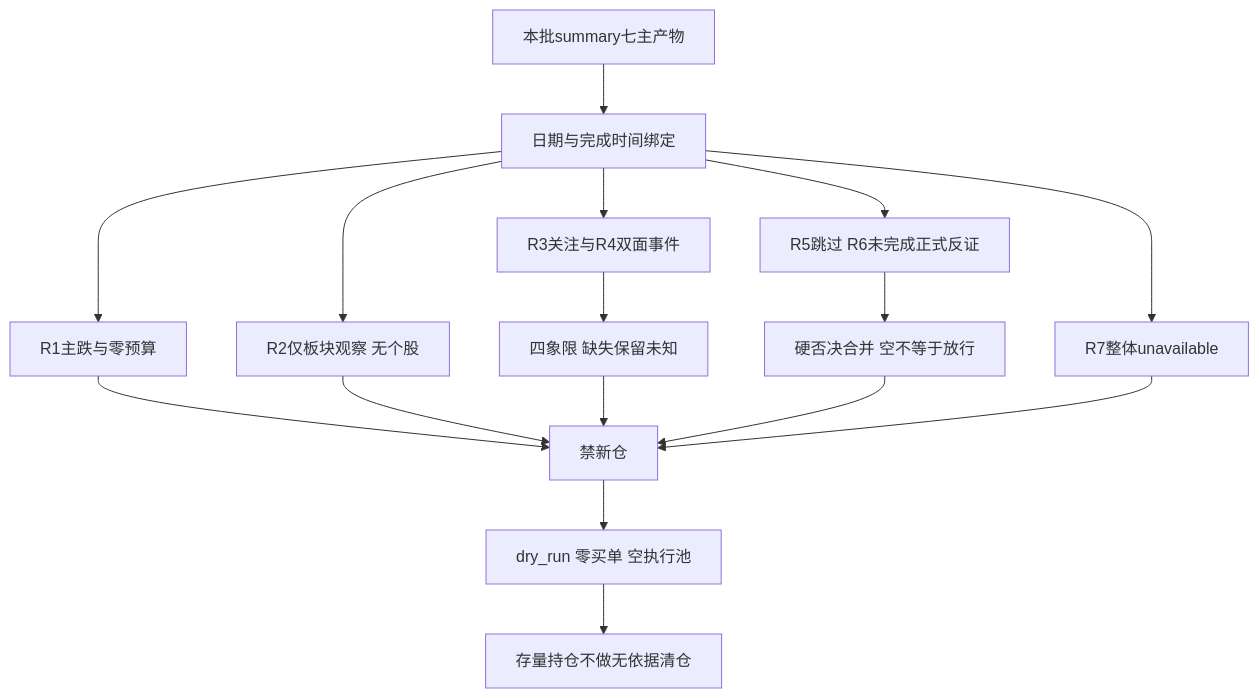
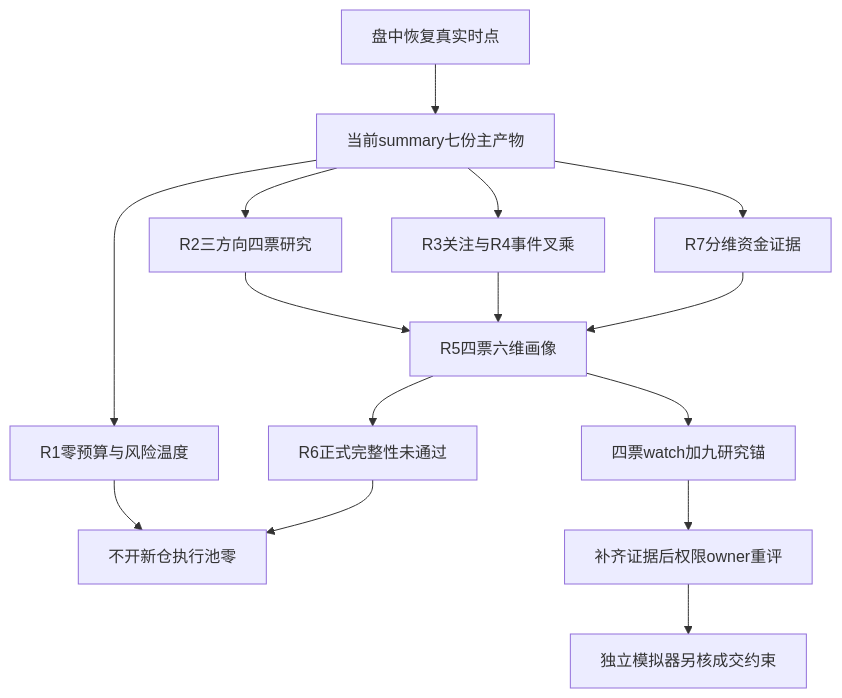
Before and after one commit to chenyang1999/chzl-kg: the diagram in content/投研交易/盘前预案/20261023.md, drawn with Mermaid. The commit also changed other lines of this file and 493 other files, not shown here.

````diff
--- a/content/投研交易/盘前预案/20261023.md
+++ b/content/投研交易/盘前预案/20261023.md
@@ -176,18 +252,17 @@
 ```mermaid
 flowchart TD
-    A[本批summary七主产物] --> B[日期与完成时间绑定]
-    B --> C[R1主跌与零预算]
-    B --> D[R2仅板块观察 无个股]
-    B --> E[R3关注与R4双面事件]
-    E --> F[四象限 缺失保留未知]
-    B --> G[R5跳过 R6未完成正式反证]
-    G --> H[硬否决合并 空不等于放行]
-    B --> I[R7整体unavailable]
-    C --> J[禁新仓]
-    D --> J
-    F --> J
-    H --> J
-    I --> J
-    J --> K[dry_run 零买单 空执行池]
-    K --> L[存量持仓不做无依据清仓]
+  A[盘中恢复真实时点] --> B[当前summary七份主产物]
+  B --> C[R1零预算与风险温度]
+  B --> D[R2三方向四票研究]
+  B --> E[R3关注与R4事件叉乘]
+  B --> F[R7分维资金证据]
+  D --> G[R5四票六维画像]
+  E --> G
+  F --> G
+  G --> H[R6正式完整性未通过]
+  C --> I[不开新仓执行池零]
+  H --> I
+  G --> J[四票watch加九研究锚]
+  J --> K[补齐证据后权限owner重评]
+  K --> L[独立模拟器另核成交约束]
 ```
````
